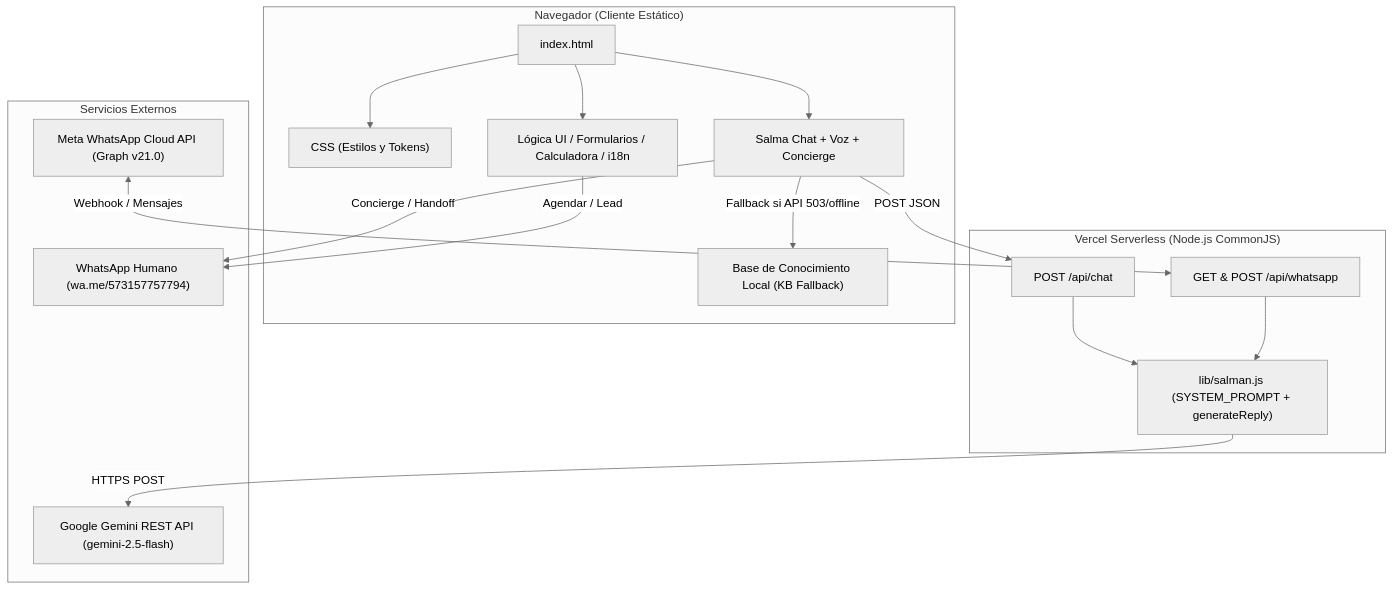
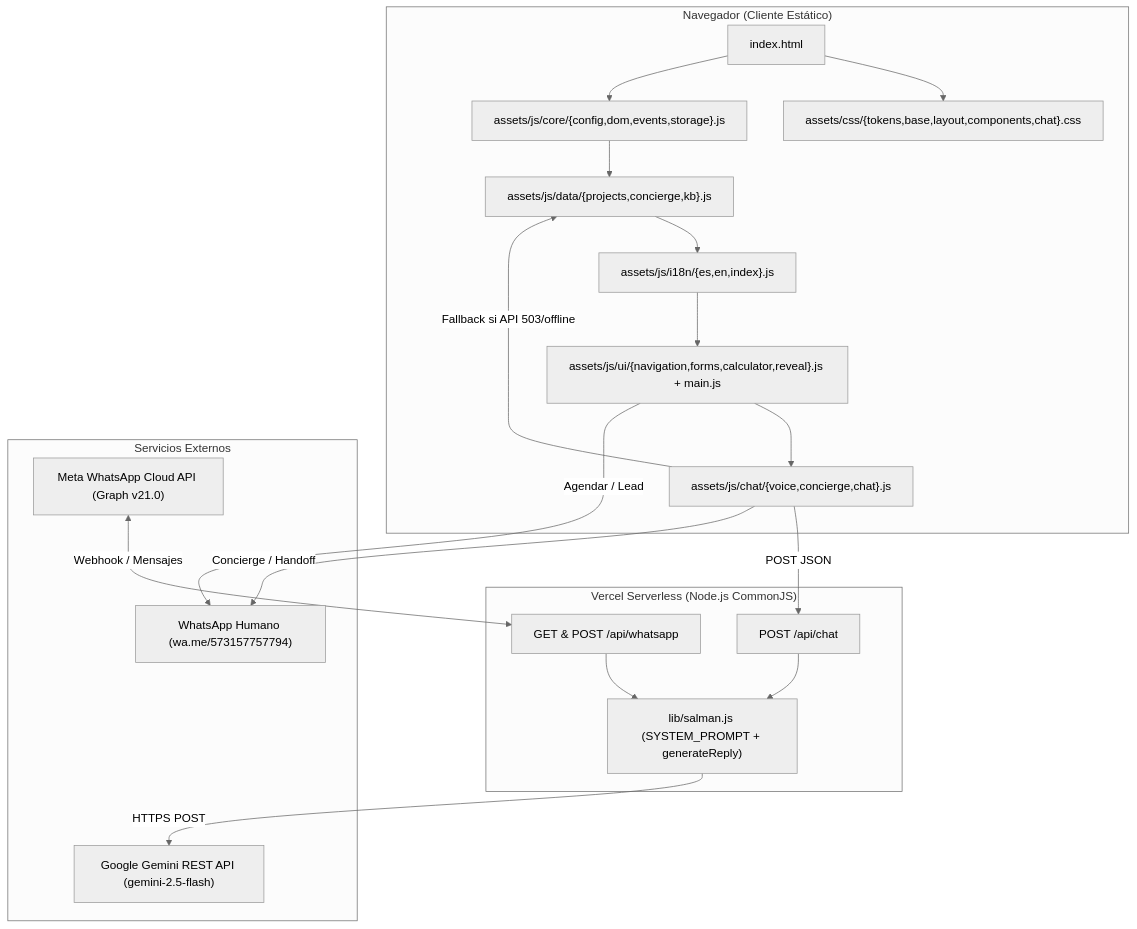
The diagram in DOCUMENTACION.md (Salman-Contructora-Inmobiliaria/salman-web-v3), drawn with Mermaid (neutral theme) before and after one commit. The commit also changed other lines of this file and 4 other files, not shown here.

````diff
--- a/DOCUMENTACION.md
+++ b/DOCUMENTACION.md
@@ -44,34 +44,35 @@
 ```mermaid
 flowchart TD
   subgraph Browser["Navegador (Cliente Estático)"]
     HTML["index.html"]
-    CSS["CSS (Estilos y Tokens)"]
-    AppJS["Lógica UI / Formularios / Calculadora / i18n"]
-    ChatJS["Salma Chat + Voz + Concierge"]
-    LocalKB["Base de Conocimiento Local (KB Fallback)"]
+    CSS["assets/css/{tokens,base,layout,components,chat}.css"]
+    CoreJS["assets/js/core/{config,dom,events,storage}.js"]
+    DataJS["assets/js/data/{projects,concierge,kb}.js"]
+    I18nJS["assets/js/i18n/{es,en,index}.js"]
+    UiJS["assets/js/ui/{navigation,forms,calculator,reveal}.js + main.js"]
+    ChatJS["assets/js/chat/{voice,concierge,chat}.js"]
   end
 
   subgraph Vercel["Vercel Serverless (Node.js CommonJS)"]
     ApiChat["POST /api/chat"]
     ApiWA["GET & POST /api/whatsapp"]
     LibSalman["lib/salman.js (SYSTEM_PROMPT + generateReply)"]
   end
 
   subgraph External["Servicios Externos"]
     Gemini["Google Gemini REST API (gemini-2.5-flash)"]
     MetaWA["Meta WhatsApp Cloud API (Graph v21.0)"]
     WaMe["WhatsApp Humano (wa.me/573157757794)"]
   end
 
   HTML --> CSS
-  HTML --> AppJS
-  HTML --> ChatJS
+  HTML --> CoreJS --> DataJS --> I18nJS --> UiJS --> ChatJS
   ChatJS -->|POST JSON| ApiChat
-  ChatJS -->|Fallback si API 503/offline| LocalKB
+  ChatJS -->|Fallback si API 503/offline| DataJS
   ChatJS -->|Concierge / Handoff| WaMe
-  AppJS -->|Agendar / Lead| WaMe
+  UiJS -->|Agendar / Lead| WaMe
   ApiChat --> LibSalman
   ApiWA --> LibSalman
   LibSalman -->|HTTPS POST| Gemini
   MetaWA <-->|Webhook / Mensajes| ApiWA
 ```
````
